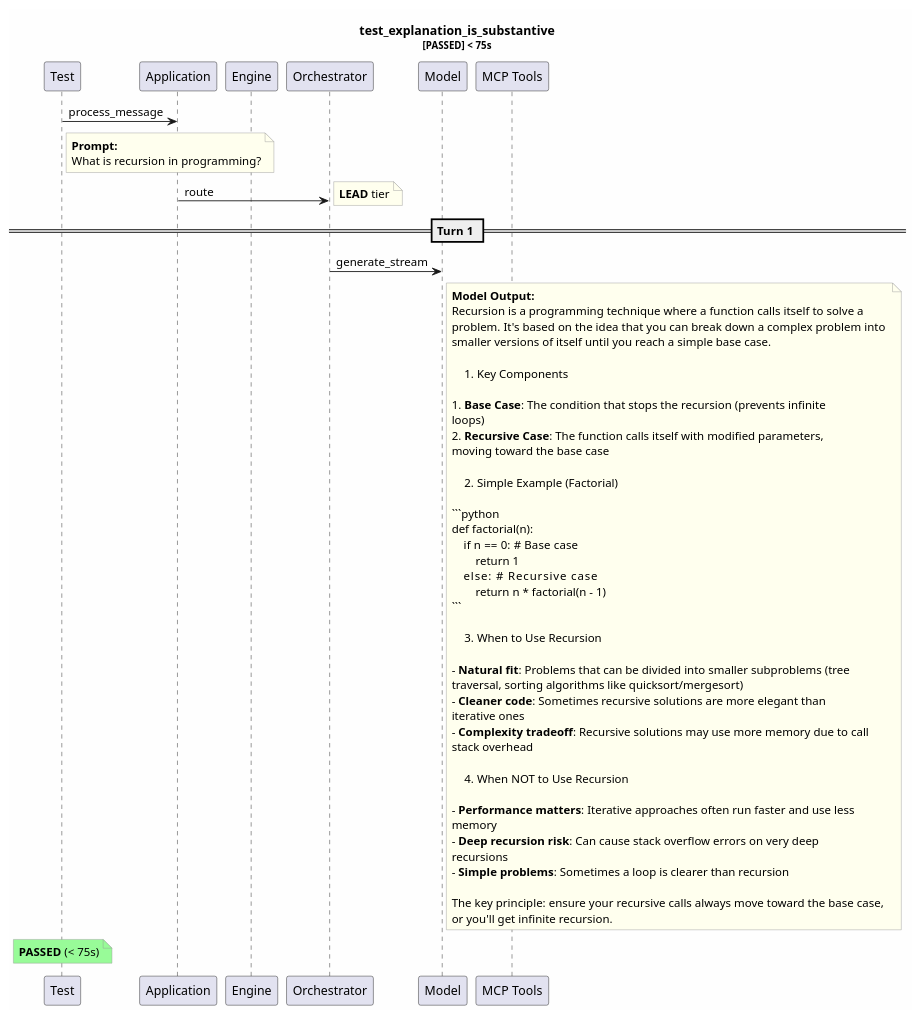
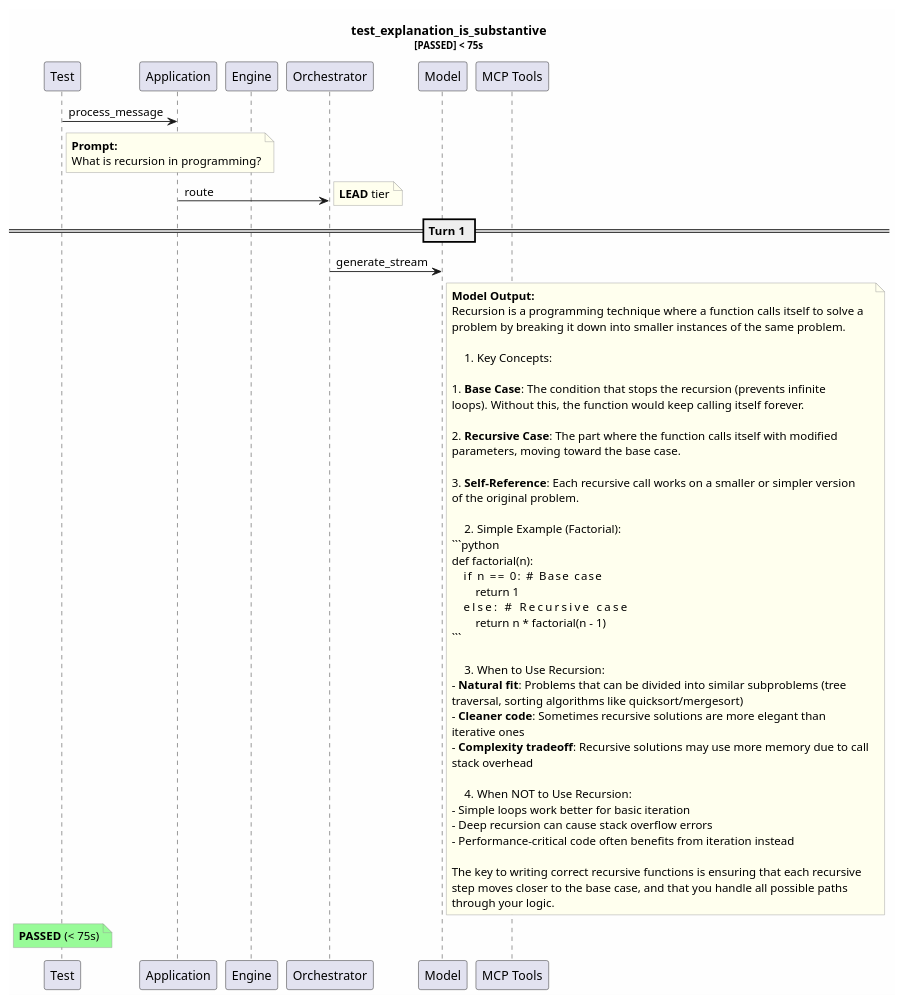
The diagram in test-reports/logs/test_explanation_is_substantive/test_explanation_is_substantive.puml (tvanfossen/entropic), drawn with PlantUML before and after one commit. The commit also changed 38 other files, not shown here.

````diff
--- a/test-reports/logs/test_explanation_is_substantive/test_explanation_is_substantive.puml
+++ b/test-reports/logs/test_explanation_is_substantive/test_explanation_is_substantive.puml
@@ -1,70 +1,69 @@
 @startuml
 skinparam backgroundColor #FEFEFE
 skinparam noteBorderColor #999999
 skinparam noteBackgroundColor #FFFFEE
 title test_explanation_is_substantive\n<size:11>[PASSED] < 75s</size>
 
 participant "Test" as T
 participant "Application" as App
 participant "Engine" as Eng
 participant "Orchestrator" as Orch
 participant "Model" as Mdl
 participant "MCP Tools" as MCP
 
 T -> App: process_message
 note right of T
   **Prompt:**
   What is recursion in programming?
 end note
 App -> Orch: route
 note right: **LEAD** tier
 == Turn 1 ==
 Orch -> Mdl: generate_stream
 note right of Mdl
   **Model Output:**
   Recursion is a programming technique where a function calls itself to solve a 
-  problem. It's based on the idea that you can break down a complex problem into 
-  smaller versions of itself until you reach a simple base case.
+  problem by breaking it down into smaller instances of the same problem.
   
-  ## Key Components
+  ## Key Concepts:
   
   1. **Base Case**: The condition that stops the recursion (prevents infinite 
-  loops)
-  2. **Recursive Case**: The function calls itself with modified parameters, 
-  moving toward the base case
+  loops). Without this, the function would keep calling itself forever.
   
-  ## Simple Example (Factorial)
+  2. **Recursive Case**: The part where the function calls itself with modified 
+  parameters, moving toward the base case.
   
+  3. **Self-Reference**: Each recursive call works on a smaller or simpler version
+  of the original problem.
+  
+  ## Simple Example (Factorial):
   ```python
   def factorial(n):
-      if n == 0:  # Base case
+      if n == 0:          # Base case
           return 1
-      else:       # Recursive case
+      else:                 # Recursive case
           return n * factorial(n - 1)
   ```
   
-  ## When to Use Recursion
-  
-  - **Natural fit**: Problems that can be divided into smaller subproblems (tree 
+  ## When to Use Recursion:
+  - **Natural fit**: Problems that can be divided into similar subproblems (tree 
   traversal, sorting algorithms like quicksort/mergesort)
   - **Cleaner code**: Sometimes recursive solutions are more elegant than 
   iterative ones
   - **Complexity tradeoff**: Recursive solutions may use more memory due to call 
   stack overhead
   
-  ## When NOT to Use Recursion
+  ## When NOT to Use Recursion:
+  - Simple loops work better for basic iteration
+  - Deep recursion can cause stack overflow errors
+  - Performance-critical code often benefits from iteration instead
   
-  - **Performance matters**: Iterative approaches often run faster and use less 
-  memory
-  - **Deep recursion risk**: Can cause stack overflow errors on very deep 
-  recursions
-  - **Simple problems**: Sometimes a loop is clearer than recursion
-  
-  The key principle: ensure your recursive calls always move toward the base case,
-  or you'll get infinite recursion.
+  The key to writing correct recursive functions is ensuring that each recursive 
+  step moves closer to the base case, and that you handle all possible paths 
+  through your logic.
 end note
 note over T #palegreen
   **PASSED** (< 75s)
 end note
 
 @enduml
````
